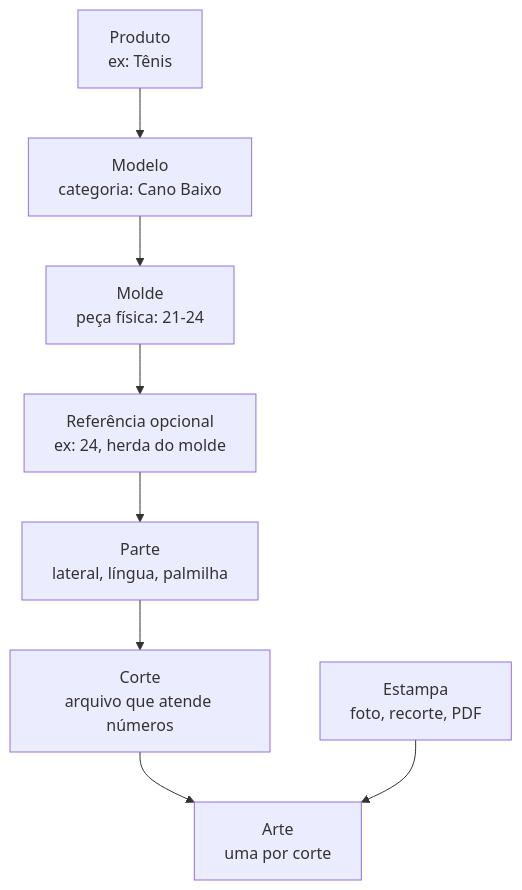
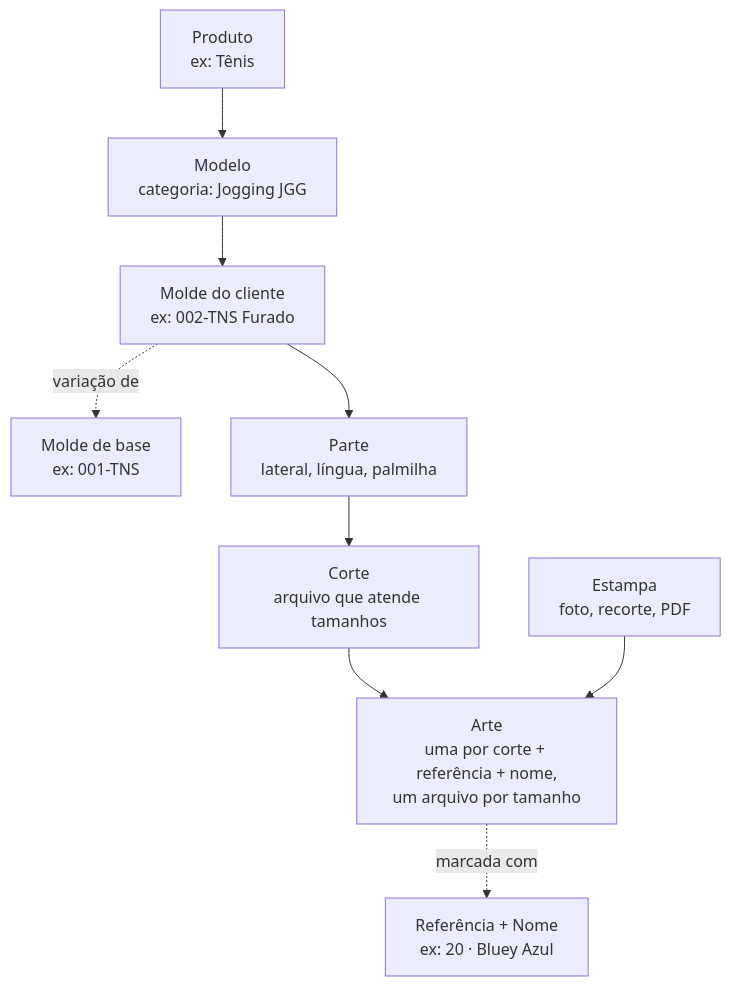
One commit to dioneyagni/neajud changed the first of 2 diagrams in docs/plano.md. Above: the diagram before and after it, drawn with Mermaid. The commit also changed other lines of this file and 3 other files, not shown here.

````diff
--- a/docs/plano.md
+++ b/docs/plano.md
@@ -25,10 +25,11 @@
 ```mermaid
 flowchart TD
-    P[Produto<br/>ex: Tênis] --> M[Modelo<br/>categoria: Cano Baixo]
-    M --> MO[Molde<br/>peça física: 21-24]
-    MO --> R[Referência opcional<br/>ex: 24, herda do molde]
-    R --> PA[Parte<br/>lateral, língua, palmilha]
-    PA --> C[Corte<br/>arquivo que atende números]
-    C --> A[Arte<br/>uma por corte]
+    P[Produto<br/>ex: Tênis] --> M[Modelo<br/>categoria: Jogging JGG]
+    M --> MO[Molde do cliente<br/>ex: 002-TNS Furado]
+    MO -. variação de .-> MO0[Molde de base<br/>ex: 001-TNS]
+    MO --> PA[Parte<br/>lateral, língua, palmilha]
+    PA --> C[Corte<br/>arquivo que atende tamanhos]
+    C --> A[Arte<br/>uma por corte + referência + nome,<br/>um arquivo por tamanho]
+    A -. marcada com .-> R[Referência + Nome<br/>ex: 20 · Bluey Azul]
     E[Estampa<br/>foto, recorte, PDF] --> A
 ```
````
